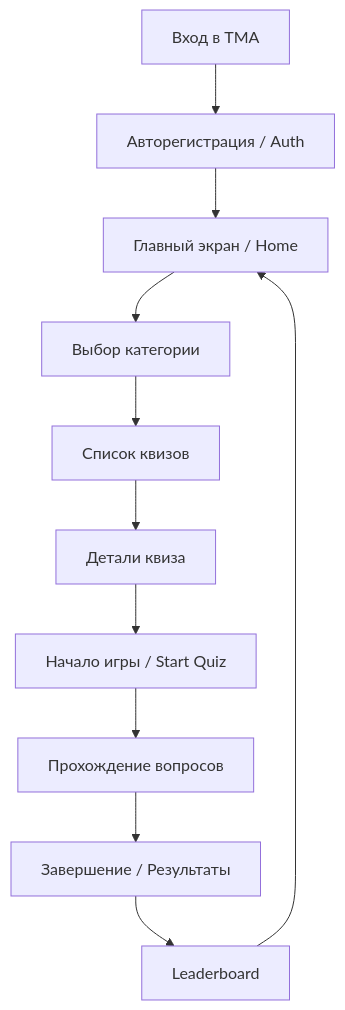
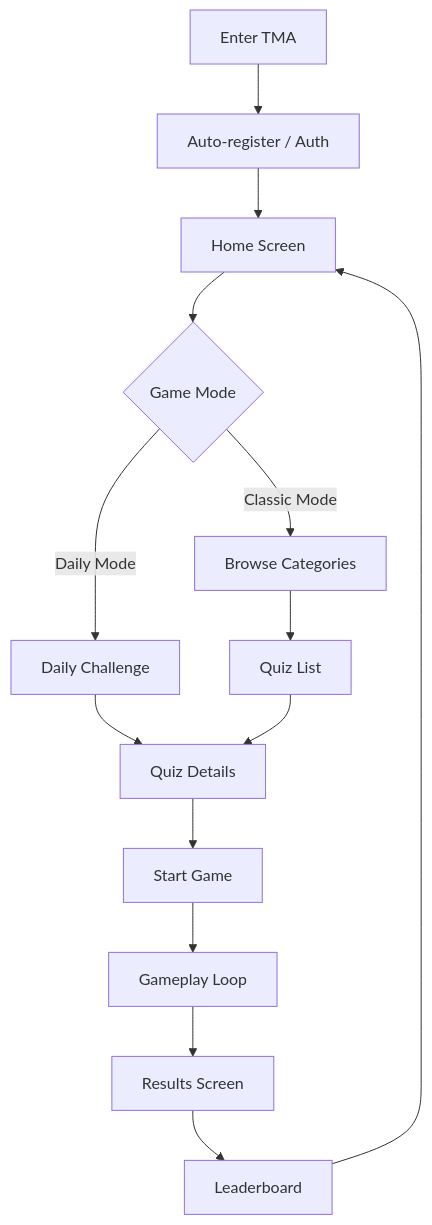
One commit to barsukov-d/quiz-sprint changed the diagram in docs/user_flows/main_journey.md. Above: the diagram before and after it, drawn with Mermaid. The commit also changed other lines of this file and 4 other files, not shown here.

Commit message:
fix user flow

````diff
--- a/docs/user_flows/main_journey.md
+++ b/docs/user_flows/main_journey.md
@@ -7,13 +7,16 @@
 ```mermaid
 graph TD
-    A[Вход в TMA] --> B[Авторегистрация / Auth]
-    B --> C[Главный экран / Home]
-    C --> D[Выбор категории]
-    D --> E[Список квизов]
-    E --> F[Детали квиза]
-    F --> G[Начало игры / Start Quiz]
-    G --> H[Прохождение вопросов]
-    H --> I[Завершение / Результаты]
+    A[Enter TMA] --> B[Auto-register / Auth]
+    B --> C[Home Screen]
+    C --> D{Game Mode}
+    D -->|Daily Mode| D1[Daily Challenge]
+    D -->|Classic Mode| D2[Browse Categories]
+    D1 --> F
+    D2 --> E[Quiz List]
+    E --> F[Quiz Details]
+    F --> G[Start Game]
+    G --> H[Gameplay Loop]
+    H --> I[Results Screen]
     I --> J[Leaderboard]
     J --> C
 ```
````
